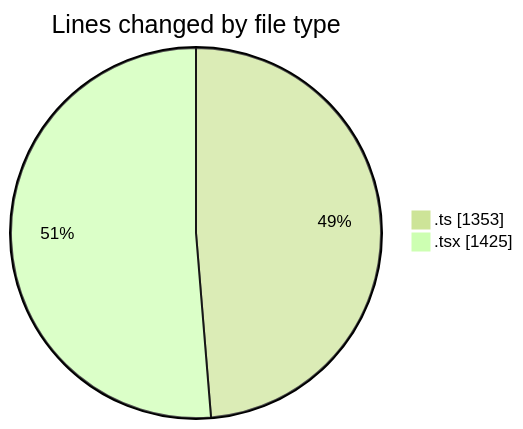
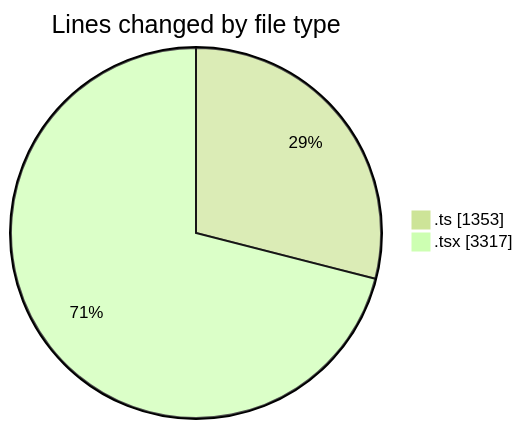
The first of 2 diagrams in 2026-03-12/nxtqube_webapp/README.md (nxtqubesakshisongat/code-tracking), drawn with Mermaid (forest theme) before and after one commit. The commit also changed other lines of this file and 1 other file, not shown here.

````diff
--- a/2026-03-12/nxtqube_webapp/README.md
+++ b/2026-03-12/nxtqube_webapp/README.md
@@ -28,6 +31,6 @@
 ```mermaid
 pie showData
 title Lines changed by file type
 ".ts" : 1353
-".tsx" : 1425
+".tsx" : 3317
 ```
````
